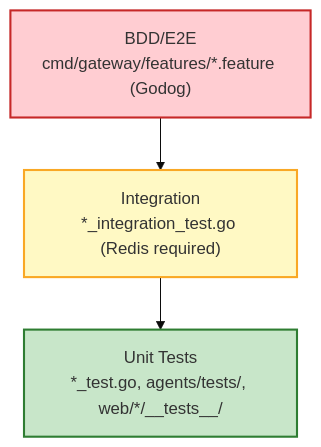
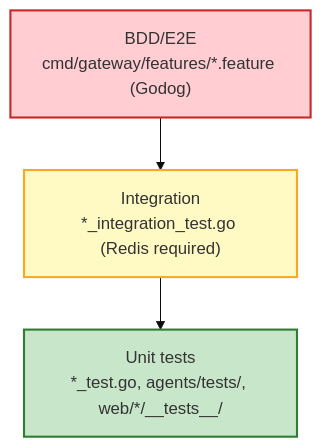
Before and after one commit to GoogleCloudPlatform/race-condition: the diagram in docs/guides/testing.md, drawn with Mermaid (base theme). The commit also changed other lines of this file and 24 other files, not shown here.

````diff
--- a/docs/guides/testing.md
+++ b/docs/guides/testing.md
@@ -27,16 +32,16 @@
 ```mermaid
 flowchart TD
     e2e["BDD/E2E<br/>cmd/gateway/features/*.feature (Godog)"]
     integration["Integration<br/>*_integration_test.go (Redis required)"]
-    unit["Unit Tests<br/>*_test.go, agents/tests/, web/*/__tests__/"]
+    unit["Unit tests<br/>*_test.go, agents/tests/, web/*/__tests__/"]
 
     e2e --> integration --> unit
 
     classDef e2e fill:#FFCDD2,stroke:#C62828,stroke-width:2px
     classDef integ fill:#FFF9C4,stroke:#F9A825,stroke-width:2px
     classDef unit fill:#C8E6C9,stroke:#2E7D32,stroke-width:2px
 
     class e2e e2e
     class integration integ
     class unit unit
 ```
````
